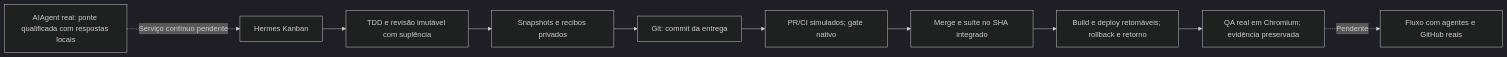
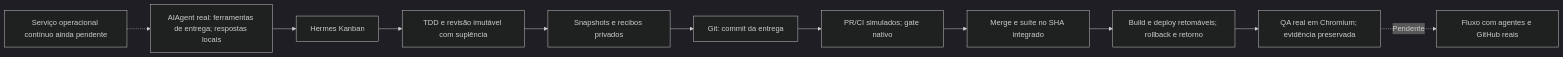
Before and after one commit to codifydeep/fabriquinha: the first of 9 diagrams in README.md, drawn with Mermaid (dark theme). The commit also changed other lines of this file and 13 other files, not shown here.

````diff
--- a/README.md
+++ b/README.md
@@ -28,12 +30,13 @@
 ```mermaid
 flowchart LR
-    N[AIAgent real: ponte qualificada com respostas locais] -. Serviço contínuo pendente .-> K
+    N[AIAgent real: ferramentas de entrega; respostas locais] --> K
+    C[Serviço operacional contínuo ainda pendente] -.-> N
     K[Hermes Kanban] --> T[TDD e revisão imutável com suplência]
     T --> S[Snapshots e recibos privados]
     S --> G[Git: commit da entrega]
     G --> P[PR/CI simulados; gate nativo]
     P --> M[Merge e suíte no SHA integrado]
     M --> D[Build e deploy retomáveis; rollback e retorno]
     D --> Q[QA real em Chromium; evidência preservada]
     Q -. Pendente .-> A[Fluxo com agentes e GitHub reais]
 ```
````
